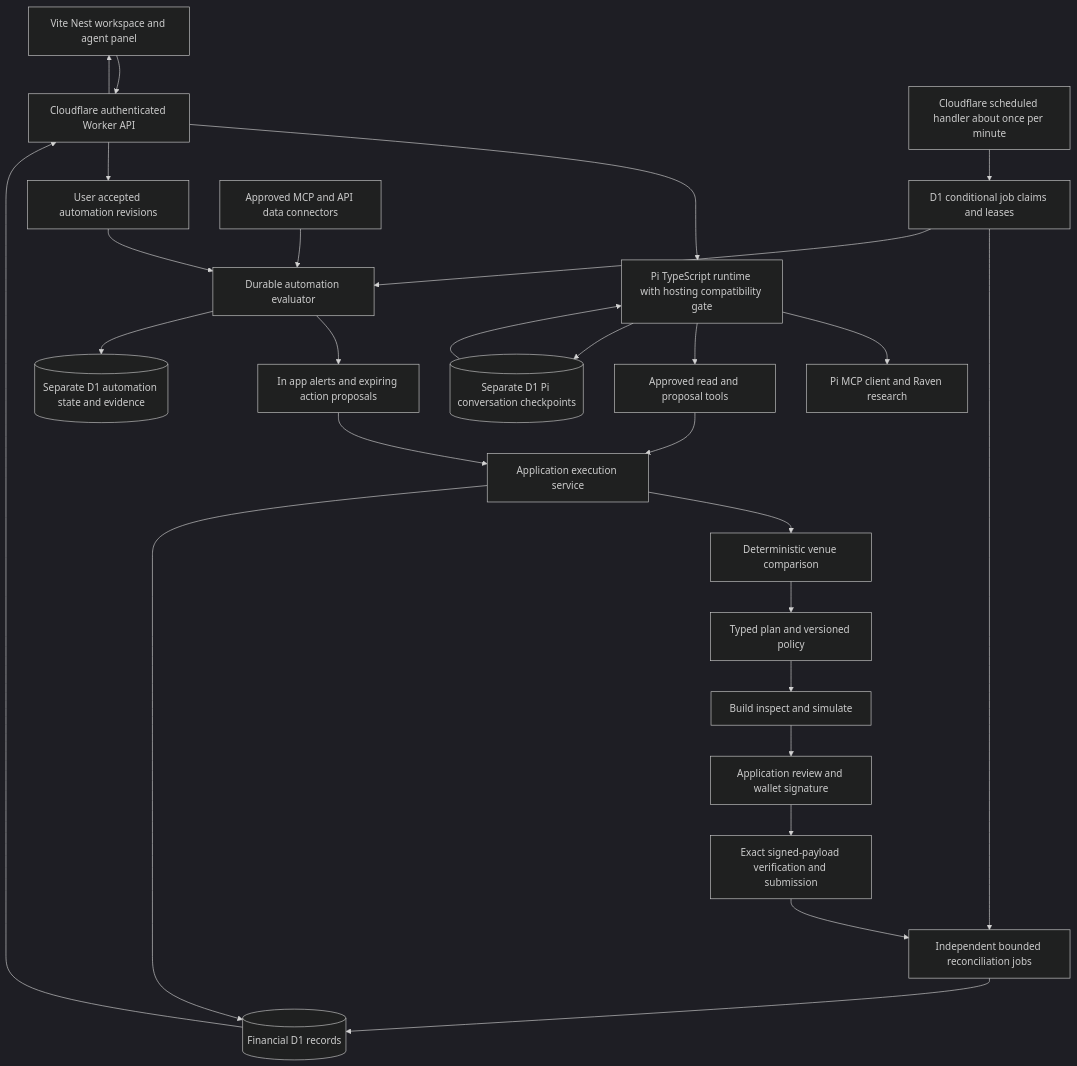
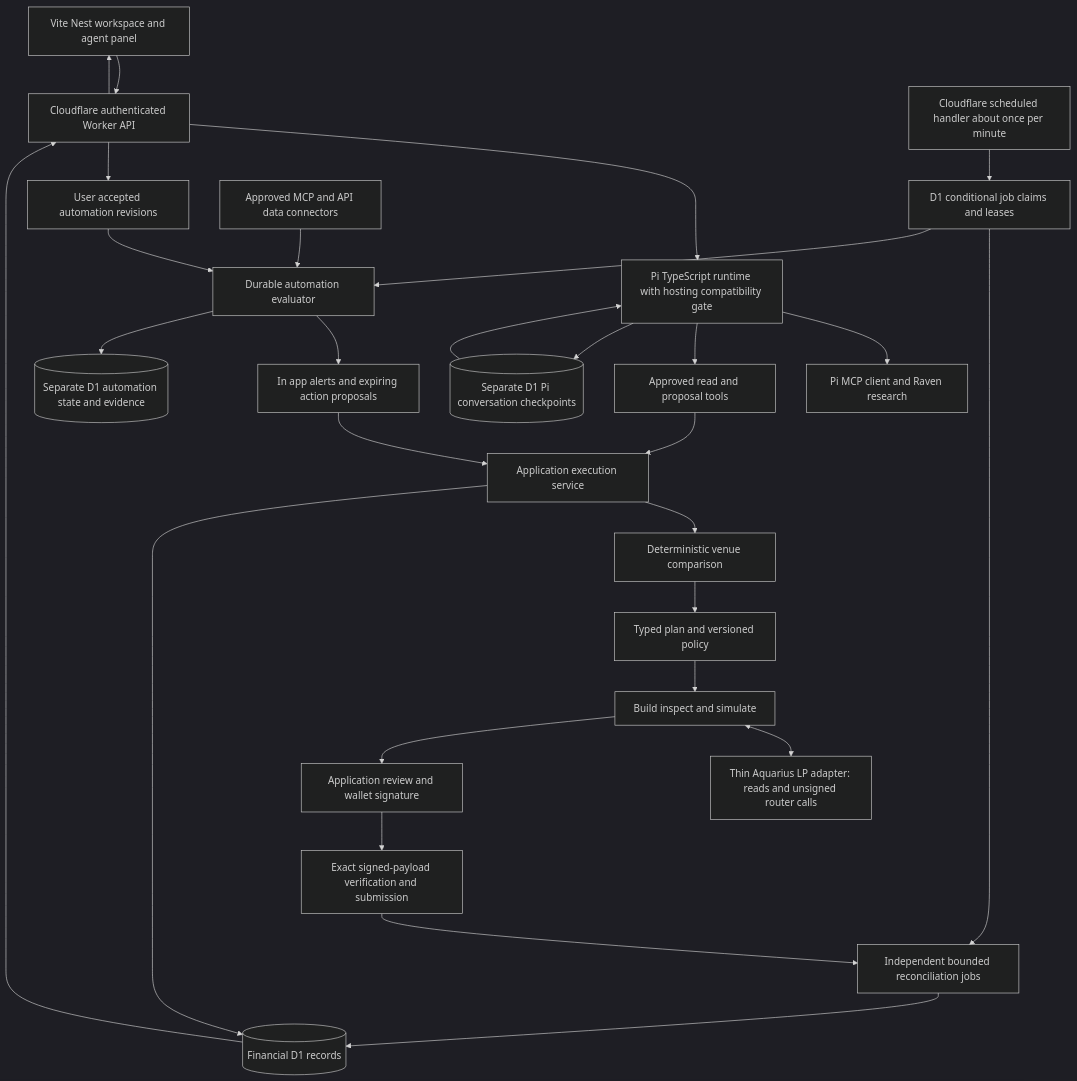
One commit to ethan-r13n/nest changed the diagram in docs/technical-spec.md. Above: the diagram before and after it, drawn with Mermaid (dark theme). The commit also changed other lines of this file and 366 other files, not shown here.

````diff
--- a/docs/technical-spec.md
+++ b/docs/technical-spec.md
@@ -287,29 +309,30 @@
 ```mermaid
 flowchart TD
   UI[Vite Nest workspace and agent panel] --> API[Cloudflare authenticated Worker API]
   API --> PI[Pi TypeScript runtime with hosting compatibility gate]
   PI --> R[Pi MCP client and Raven research]
   PI --> T[Approved read and proposal tools]
   T --> E[Application execution service]
   E --> C[Deterministic venue comparison]
   C --> P[Typed plan and versioned policy]
   P --> B[Build inspect and simulate]
+  B <--> AQ[Thin Aquarius LP adapter: reads and unsigned router calls]
   B --> W[Application review and wallet signature]
   W --> S[Exact signed-payload verification and submission]
   S --> REC[Independent bounded reconciliation jobs]
   REC --> F[(Financial D1 records)]
   E --> F
   CRON[Cloudflare scheduled handler about once per minute] --> J[D1 conditional job claims and leases]
   J --> REC
   J --> M
   API --> A[User accepted automation revisions]
   A --> M[Durable automation evaluator]
   D[Approved MCP and API data connectors] --> M
   M --> L[In app alerts and expiring action proposals]
   L --> E
   M --> O[(Separate D1 automation state and evidence)]
   PI --> H[(Separate D1 Pi conversation checkpoints)]
   F --> API
   H --> PI
   API --> UI
 ```
````
